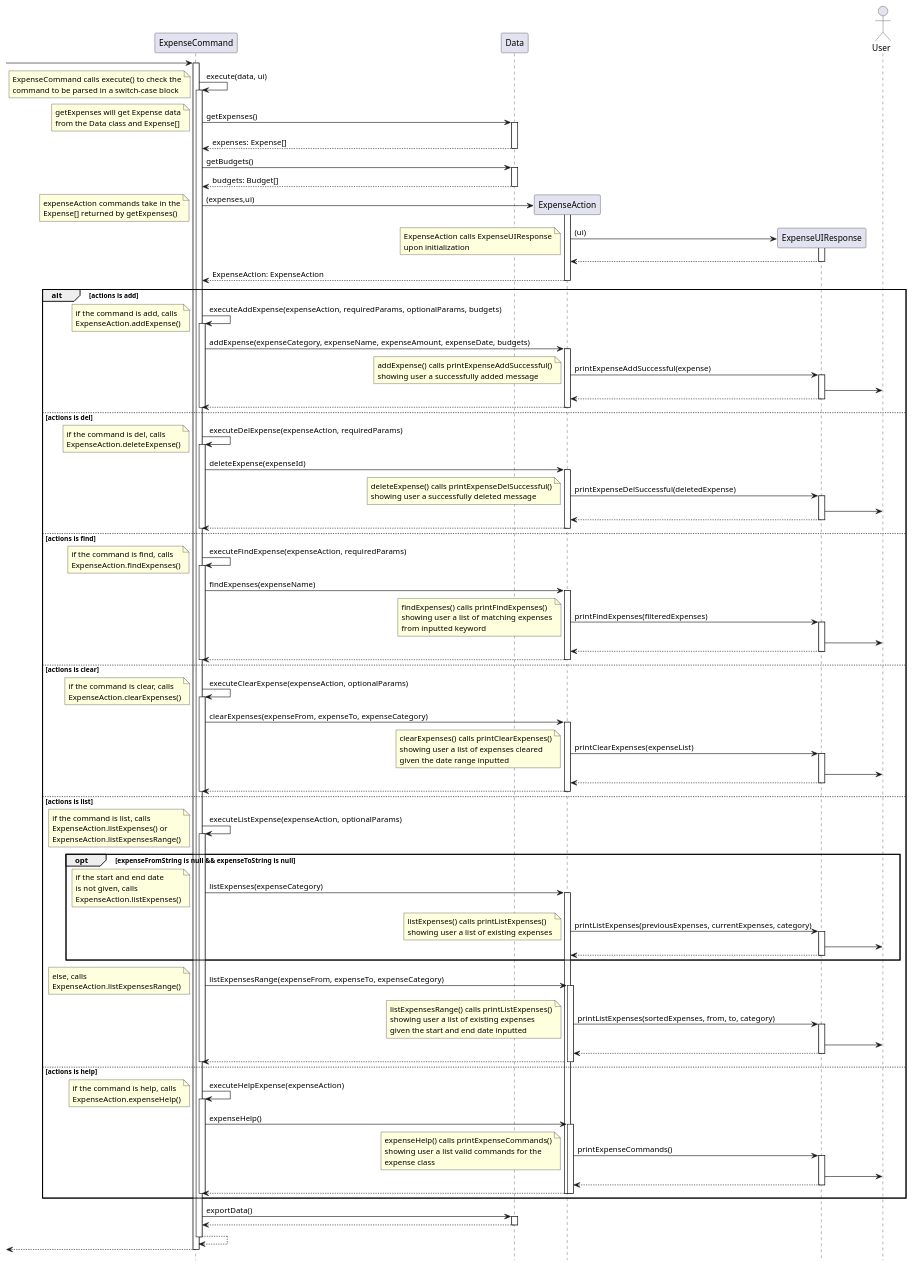
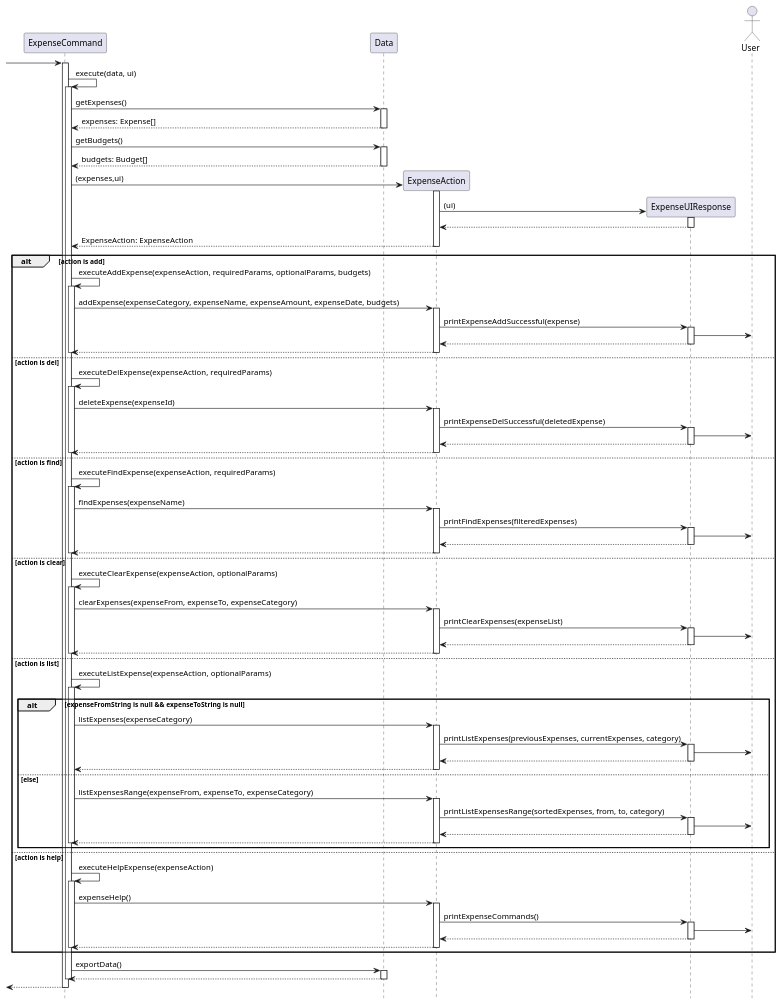
Before and after one commit to stephenkyang/tp: the diagram in docs/diagrams/ExpenseCommandSequence.puml, drawn with PlantUML. The commit also changed 22 other files, not shown here.

Commit message:
Modify sequence diagrams

```diff
--- a/docs/diagrams/ExpenseCommandSequence.puml
+++ b/docs/diagrams/ExpenseCommandSequence.puml
@@ -12,16 +12,8 @@
 
 activate "ExpenseCommand"
 "ExpenseCommand" -> "ExpenseCommand": execute(data, ui)
-note left
-    ExpenseCommand calls execute() to check the
-    command to be parsed in a switch-case block
- end note
 activate  "ExpenseCommand"
 "ExpenseCommand" -> "Data": getExpenses()
-note left
-    getExpenses will get Expense data
-    from the Data class and Expense[]
-end note
 activate "Data"
 return expenses: Expense[]
 deactivate "Data"
@@ -31,17 +23,9 @@
 deactivate "Data"
 
 "ExpenseCommand" -> "ExpenseAction" ** : (expenses,ui)
-note left
-    expenseAction commands take in the
-    Expense[] returned by getExpenses()
-end note
 activate "ExpenseAction"
 
 "ExpenseAction" -> "ExpenseUIResponse" ** : (ui)
-note left
-    ExpenseAction calls ExpenseUIResponse
-    upon initialization
-end note
 activate "ExpenseUIResponse"
 "ExpenseUIResponse" --> "ExpenseAction"
 deactivate "ExpenseUIResponse"
@@ -50,20 +34,12 @@
 deactivate "ExpenseAction"
 
 
-alt actions is add
+alt action is add
 "ExpenseCommand" -> "ExpenseCommand": executeAddExpense(expenseAction, requiredParams, optionalParams, budgets)
-note left
-    if the command is add, calls
-    ExpenseAction.addExpense()
-end note
 activate "ExpenseCommand"
 "ExpenseCommand" -> "ExpenseAction" : addExpense(expenseCategory, expenseName, expenseAmount, expenseDate, budgets)
 activate "ExpenseAction"
 "ExpenseAction" -> "ExpenseUIResponse" : printExpenseAddSuccessful(expense)
-note left
-    addExpense() calls printExpenseAddSuccessful()
-    showing user a successfully added message
-end note
 activate "ExpenseUIResponse"
 "ExpenseUIResponse" -> User
 return
@@ -71,20 +47,12 @@
 
 deactivate "ExpenseCommand"
 
-else actions is del
+else action is del
 "ExpenseCommand" -> "ExpenseCommand": executeDelExpense(expenseAction, requiredParams)
-note left
-    if the command is del, calls
-    ExpenseAction.deleteExpense()
-end note
 activate "ExpenseCommand"
 "ExpenseCommand" -> "ExpenseAction" : deleteExpense(expenseId)
 activate "ExpenseAction"
 "ExpenseAction" -> "ExpenseUIResponse" : printExpenseDelSuccessful(deletedExpense)
-note left
-    deleteExpense() calls printExpenseDelSuccessful()
-    showing user a successfully deleted message
-end note
 activate "ExpenseUIResponse"
 "ExpenseUIResponse" -> User
 return
@@ -92,21 +60,12 @@
 
 deactivate "ExpenseCommand"
 
-else actions is find
+else action is find
 "ExpenseCommand" -> "ExpenseCommand": executeFindExpense(expenseAction, requiredParams)
-note left
-    if the command is find, calls
-    ExpenseAction.findExpenses()
-end note
 activate "ExpenseCommand"
 "ExpenseCommand" -> "ExpenseAction" : findExpenses(expenseName)
 activate "ExpenseAction"
 "ExpenseAction" -> "ExpenseUIResponse" : printFindExpenses(filteredExpenses)
-note left
-    findExpenses() calls printFindExpenses()
-    showing user a list of matching expenses
-    from inputted keyword
-end note
 activate "ExpenseUIResponse"
 "ExpenseUIResponse" -> User
 return
@@ -114,21 +73,12 @@
 
 deactivate "ExpenseCommand"
 
-else actions is clear
+else action is clear
 "ExpenseCommand" -> "ExpenseCommand": executeClearExpense(expenseAction, optionalParams)
-note left
-    if the command is clear, calls
-    ExpenseAction.clearExpenses()
-end note
 activate "ExpenseCommand"
 "ExpenseCommand" -> "ExpenseAction" : clearExpenses(expenseFrom, expenseTo, expenseCategory)
 activate "ExpenseAction"
 "ExpenseAction" -> "ExpenseUIResponse" : printClearExpenses(expenseList)
-note left
-    clearExpenses() calls printClearExpenses()
-    showing user a list of expenses cleared
-    given the date range inputted
-end note
 activate "ExpenseUIResponse"
 "ExpenseUIResponse" -> User
 return
@@ -136,71 +86,36 @@
 
 deactivate "ExpenseCommand"
 
-else actions is list
+else action is list
 "ExpenseCommand" -> "ExpenseCommand": executeListExpense(expenseAction, optionalParams)
-note left
-    if the command is list, calls
-    ExpenseAction.listExpenses() or
-    ExpenseAction.listExpensesRange()
-end note
 activate "ExpenseCommand"
 
-opt expenseFromString is null && expenseToString is null
+alt expenseFromString is null && expenseToString is null
 "ExpenseCommand" -> "ExpenseAction" : listExpenses(expenseCategory)
-note left
-    if the start and end date
-    is not given, calls
-    ExpenseAction.listExpenses()
-end note
 activate "ExpenseAction"
 "ExpenseAction" -> "ExpenseUIResponse" : printListExpenses(previousExpenses, currentExpenses, category)
-note left
-    listExpenses() calls printListExpenses()
-    showing user a list of existing expenses
-end note
 activate "ExpenseUIResponse"
-"ExpenseUIResponse" -> User
-return
-end
-
-
-"ExpenseCommand" -> "ExpenseAction" : listExpensesRange(expenseFrom, expenseTo, expenseCategory)
-note left
-    else, calls
-    ExpenseAction.listExpensesRange()
-end note
-activate "ExpenseAction"
-"ExpenseAction" -> "ExpenseUIResponse" : printListExpenses(sortedExpenses, from, to, category)
-note left
-    listExpensesRange() calls printListExpenses()
-    showing user a list of existing expenses
-    given the start and end date inputted
-end note
-activate "ExpenseUIResponse"
-
-
-
 "ExpenseUIResponse" -> User
 return
 return
 
+else else
+"ExpenseCommand" -> "ExpenseAction" : listExpensesRange(expenseFrom, expenseTo, expenseCategory)
+activate "ExpenseAction"
+"ExpenseAction" -> "ExpenseUIResponse" : printListExpensesRange(sortedExpenses, from, to, category)
+activate "ExpenseUIResponse"
+"ExpenseUIResponse" -> User
+return
+return
 deactivate "ExpenseCommand"
+end
 
-else actions is help
+else action is help
 "ExpenseCommand" -> "ExpenseCommand": executeHelpExpense(expenseAction)
-note left
-    if the command is help, calls
-    ExpenseAction.expenseHelp()
-end note
 activate "ExpenseCommand"
 "ExpenseCommand" -> "ExpenseAction" : expenseHelp()
 activate "ExpenseAction"
 "ExpenseAction" -> "ExpenseUIResponse" : printExpenseCommands()
-note left
-    expenseHelp() calls printExpenseCommands()
-    showing user a list valid commands for the
-    expense class
-end note
 activate "ExpenseUIResponse"
 "ExpenseUIResponse" -> User
 return
@@ -214,10 +129,7 @@
 return
 deactivate "Data"
 
-"ExpenseCommand" --> "ExpenseCommand"
 deactivate "ExpenseCommand"
-
-<-- "ExpenseCommand"
+ <-- "ExpenseCommand":
 deactivate "ExpenseCommand"
-
 @enduml
```
